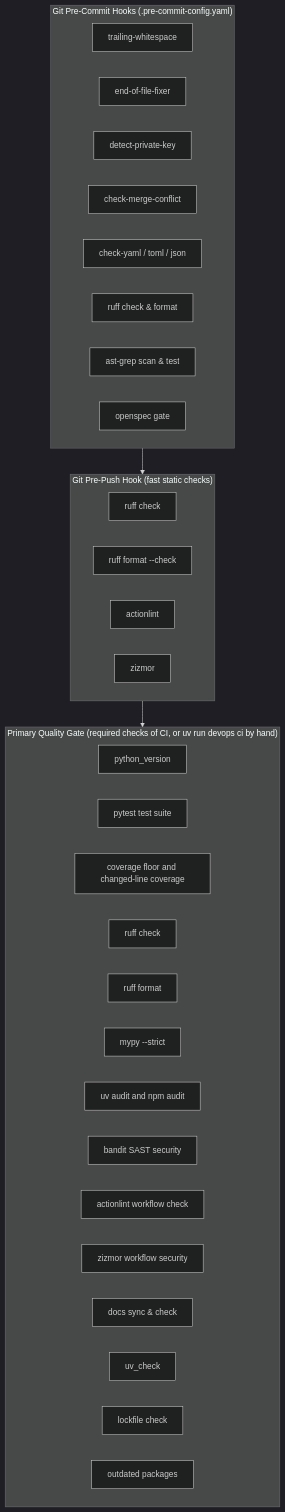
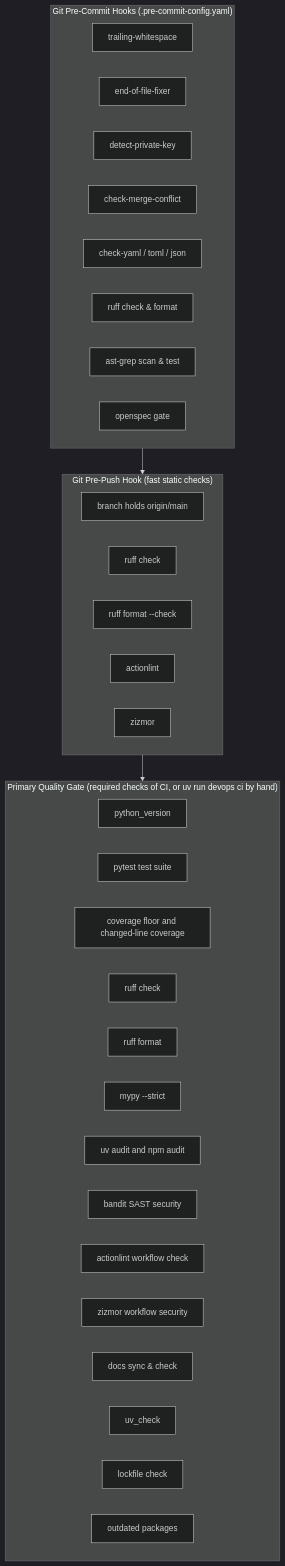
One commit to dan-petty/devops-cli changed the fifth of 8 diagrams in docs/SDLC.md. Above: the diagram before and after it, drawn with Mermaid (dark theme). The commit also changed other lines of this file and 26 other files, not shown here.

````diff
--- a/docs/SDLC.md
+++ b/docs/SDLC.md
@@ -150,40 +150,41 @@
 ```mermaid
 flowchart TD
     subgraph PreCommit["Git Pre-Commit Hooks (.pre-commit-config.yaml)"]
         H1[trailing-whitespace]
         H2[end-of-file-fixer]
         H3[detect-private-key]
         H4[check-merge-conflict]
         H5[check-yaml / toml / json]
         H6[ruff check & format]
         H7[ast-grep scan & test]
         H8[openspec gate]
     end
 
     subgraph PrePush["Git Pre-Push Hook (fast static checks)"]
+        P0[branch holds origin/main]
         P1[ruff check]
         P2[ruff format --check]
         P3[actionlint]
         P4[zizmor]
     end
 
     subgraph CIQualityGate["Primary Quality Gate (required checks of CI, or uv run devops ci by hand)"]
         G1[python_version]
         G2[pytest test suite]
         G3[coverage floor and changed-line coverage]
         G4[ruff check]
         G5[ruff format]
         G6[mypy --strict]
         G7[uv audit and npm audit]
         G8[bandit SAST security]
         G9[actionlint workflow check]
         G9b[zizmor workflow security]
         G10[docs sync & check]
         G11[uv_check]
         G12[lockfile check]
         G13[outdated packages]
     end
 
     PreCommit --> PrePush
     PrePush --> CIQualityGate
 ```
````
